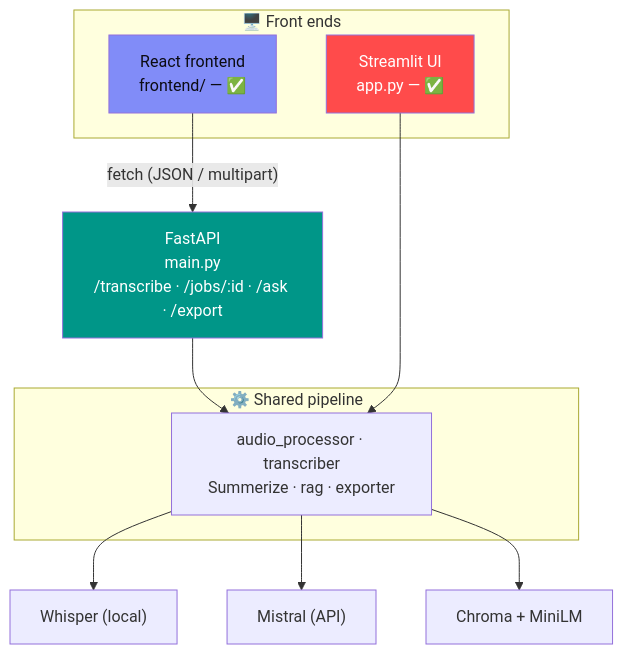
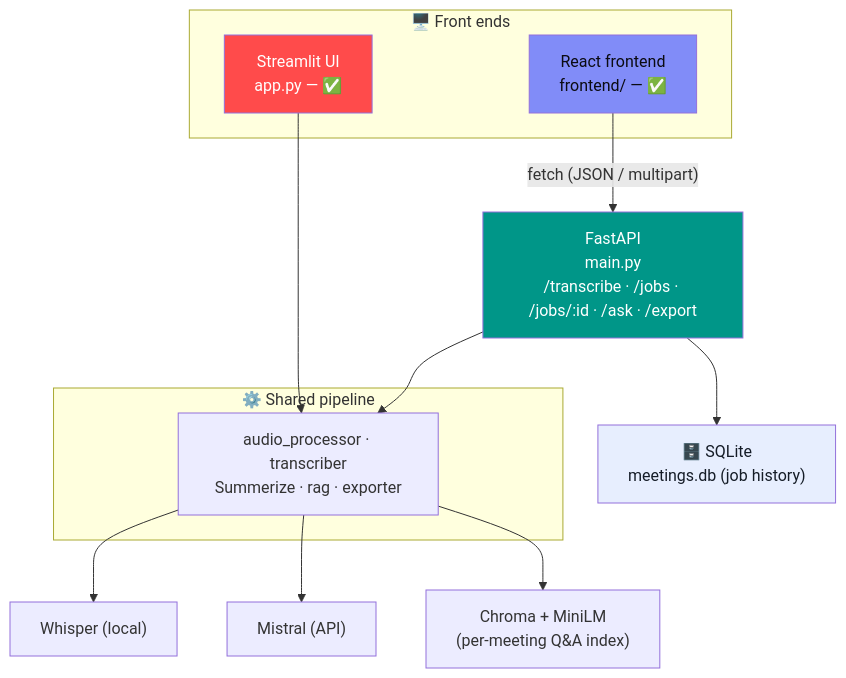
Before and after one commit to Pandeyycodes/meeting-assistant: the third of 3 diagrams in README.md, drawn with Mermaid. The commit also changed other lines of this file and 1 other file, not shown here.

First line of the commit message:
Update README for job persistence and history search

````diff
--- a/README.md
+++ b/README.md
@@ -111,25 +115,27 @@
 ```mermaid
 flowchart TD
     subgraph CLIENTS["🖥️ Front ends"]
         R["React frontend<br/>frontend/ — ✅"]
         S["Streamlit UI<br/>app.py — ✅"]
     end
 
-    API["FastAPI<br/>main.py<br/>/transcribe · /jobs/:id · /ask · /export"]
+    API["FastAPI<br/>main.py<br/>/transcribe · /jobs · /jobs/:id · /ask · /export"]
 
     subgraph CORE["⚙️ Shared pipeline"]
         PIPE["audio_processor · transcriber<br/>Summerize · rag · exporter"]
     end
 
     R -- "fetch (JSON / multipart)" --> API
     API --> PIPE
     S --> PIPE
+    API --> DB["🗄️ SQLite<br/>meetings.db (job history)"]
 
     PIPE --> W["Whisper (local)"]
     PIPE --> MI["Mistral (API)"]
-    PIPE --> CH["Chroma + MiniLM"]
+    PIPE --> CH["Chroma + MiniLM<br/>(per-meeting Q&A index)"]
 
     style R fill:#818cf8,color:#0b0b12
     style S fill:#FF4B4B,color:#fff
     style API fill:#009688,color:#fff
+    style DB fill:#e7eefe,color:#151c27
 ```
````
